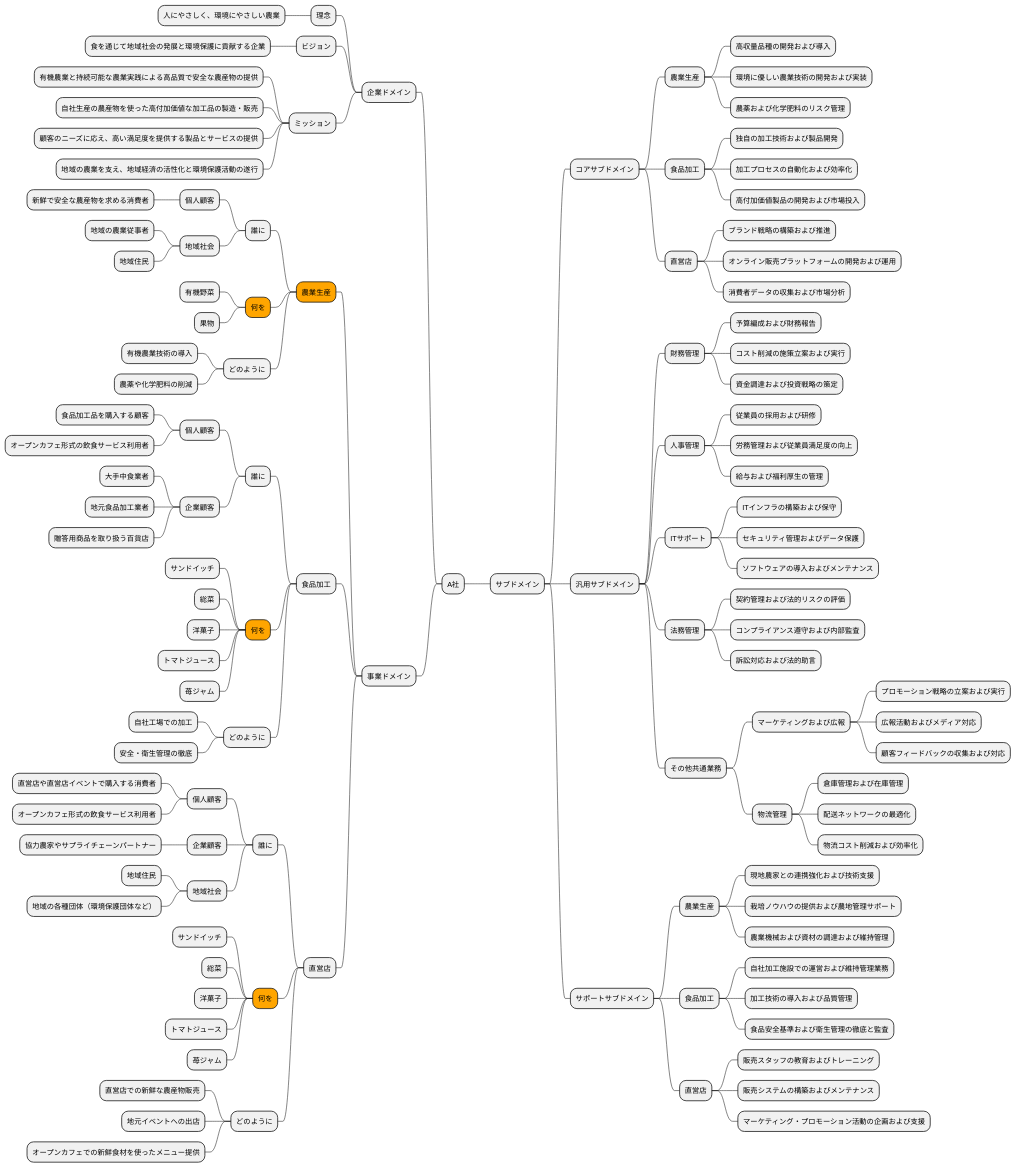
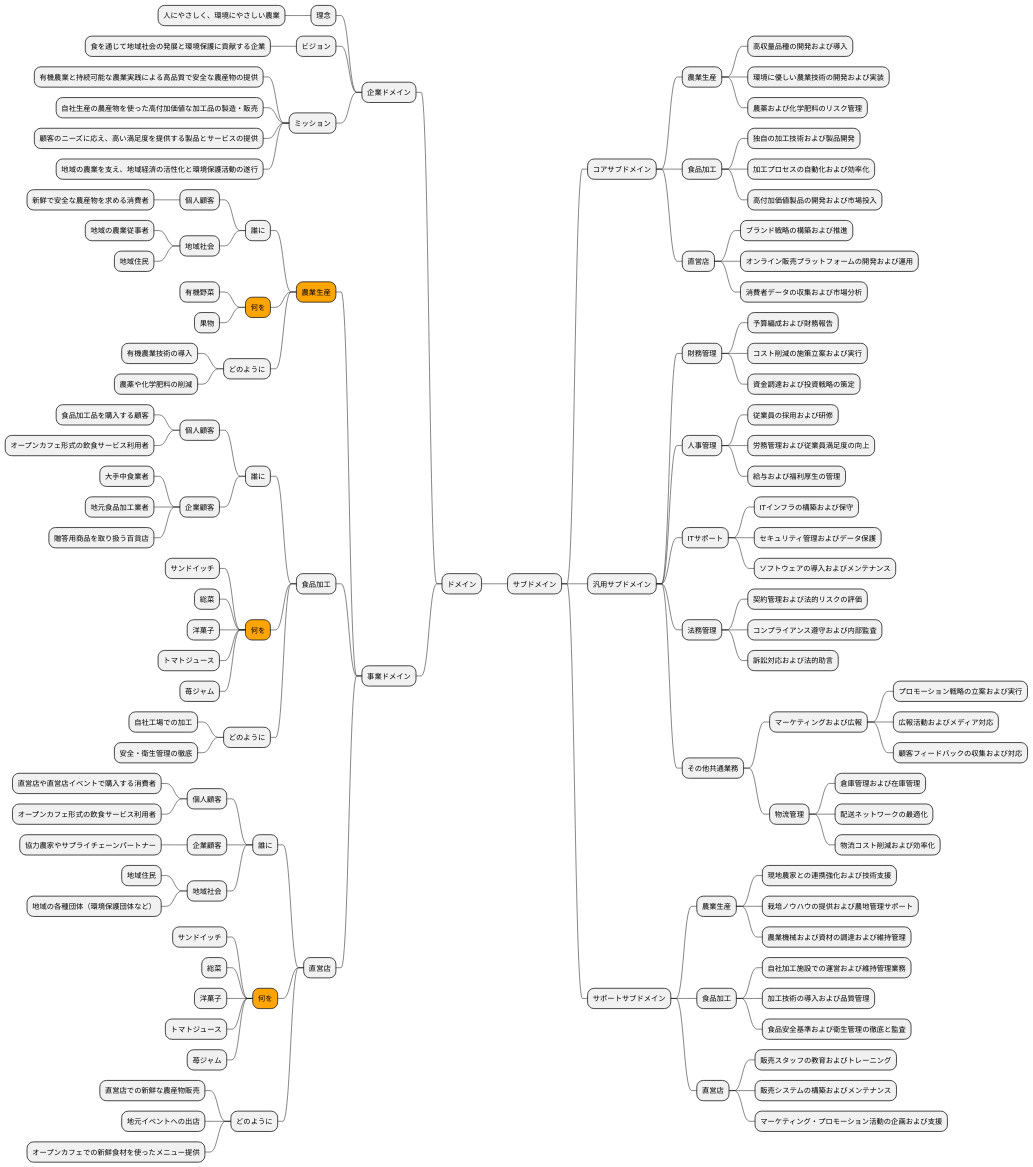
Diagram 12 of 15 in docs/case/r04_case_1.adoc (k2works/case-sutudy-business-analysis), drawn with PlantUML before and after one commit. The commit also changed other lines of this file and 2 other files, not shown here.

Commit message:
docs:R04 事例3

```diff
--- a/docs/case/r04_case_1.adoc
+++ b/docs/case/r04_case_1.adoc
@@ -753,7 +751,7 @@
 ----
 @startmindmap
 
-* A社
+* ドメイン
 ** サブドメイン
 *** コアサブドメイン
 **** 農業生産
```
